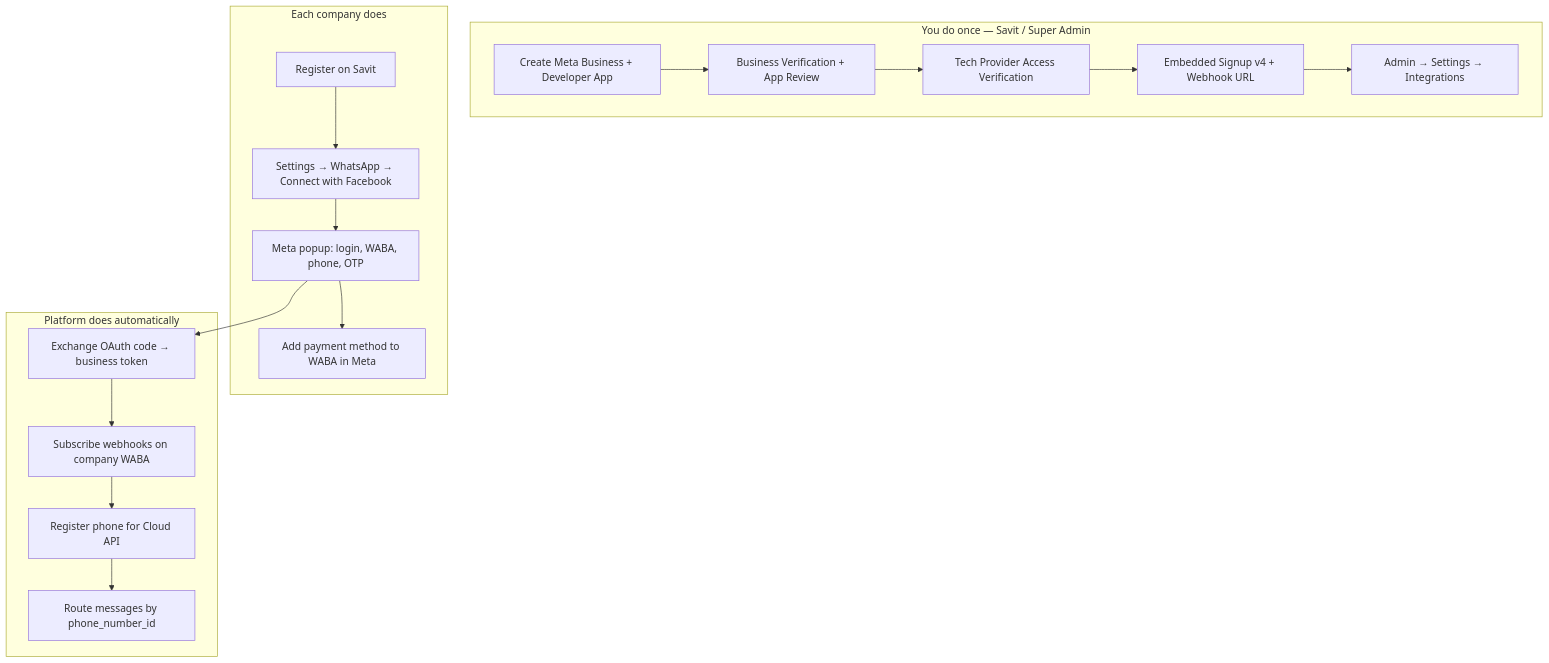
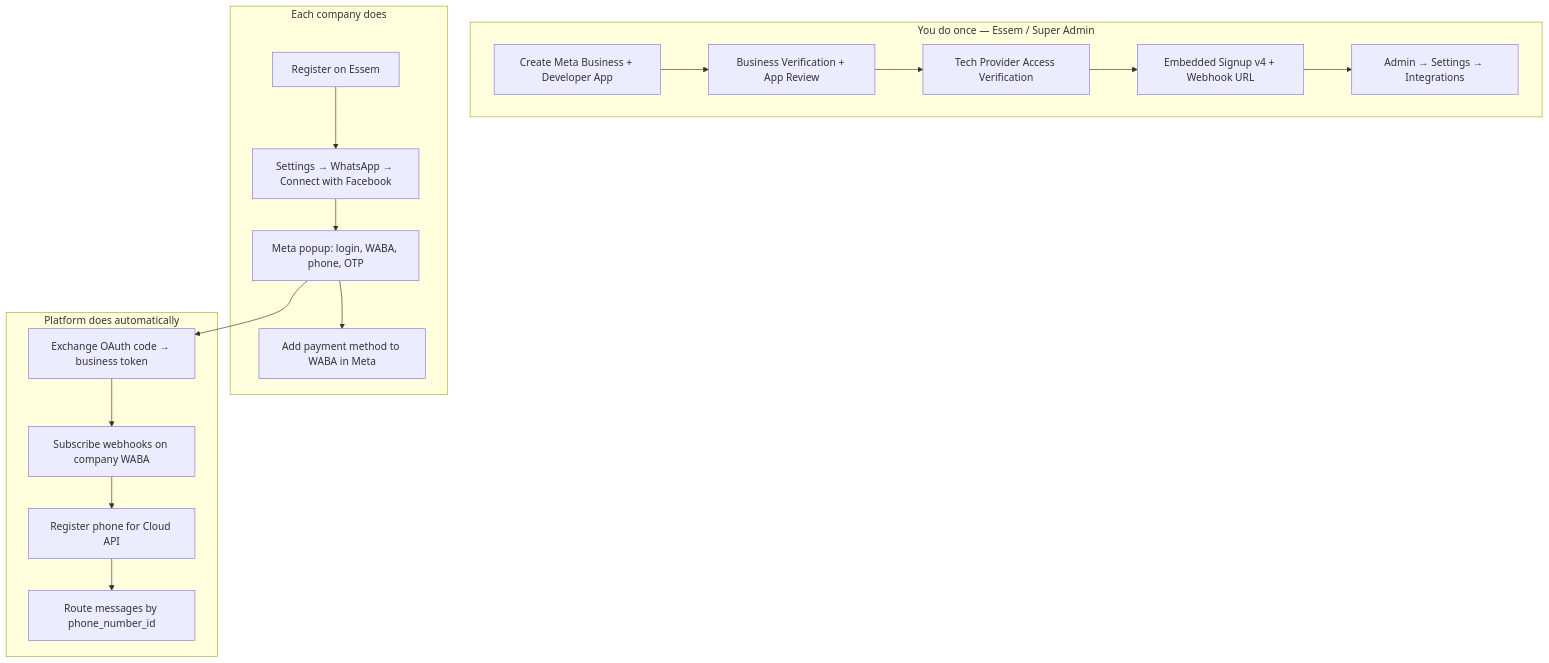
Before and after one commit to ManStevoh/SAVIT_CHAT_BOT_SYSTEM: the diagram in docs/WHATSAPP_COMPLETE_SETUP_GUIDE.md, drawn with Mermaid. The commit also changed other lines of this file and 66 other files, not shown here.

First line of the commit message:
Rebrand platform from Savit to Essem across app and docs.

````diff
--- a/docs/WHATSAPP_COMPLETE_SETUP_GUIDE.md
+++ b/docs/WHATSAPP_COMPLETE_SETUP_GUIDE.md
@@ -18,28 +18,28 @@
 ```mermaid
 flowchart TB
-    subgraph once [You do once — Savit / Super Admin]
+    subgraph once [You do once — Essem / Super Admin]
         M1[Create Meta Business + Developer App]
         M2[Business Verification + App Review]
         M3[Tech Provider Access Verification]
         M4[Embedded Signup v4 + Webhook URL]
         M5[Admin → Settings → Integrations]
     end
 
     subgraph perco [Each company does]
-        C1[Register on Savit]
+        C1[Register on Essem]
         C2[Settings → WhatsApp → Connect with Facebook]
         C3[Meta popup: login, WABA, phone, OTP]
         C4[Add payment method to WABA in Meta]
     end
 
     subgraph auto [Platform does automatically]
         A1[Exchange OAuth code → business token]
         A2[Subscribe webhooks on company WABA]
         A3[Register phone for Cloud API]
         A4[Route messages by phone_number_id]
     end
 
     M1 --> M2 --> M3 --> M4 --> M5
     C1 --> C2 --> C3 --> C4
     C3 --> A1 --> A2 --> A3 --> A4
 ```
````
